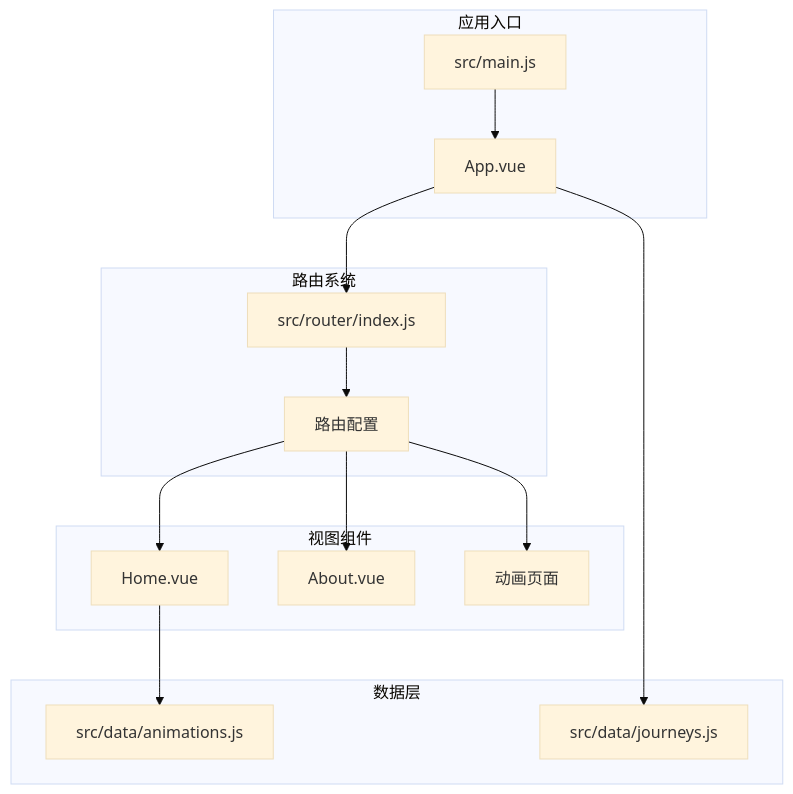
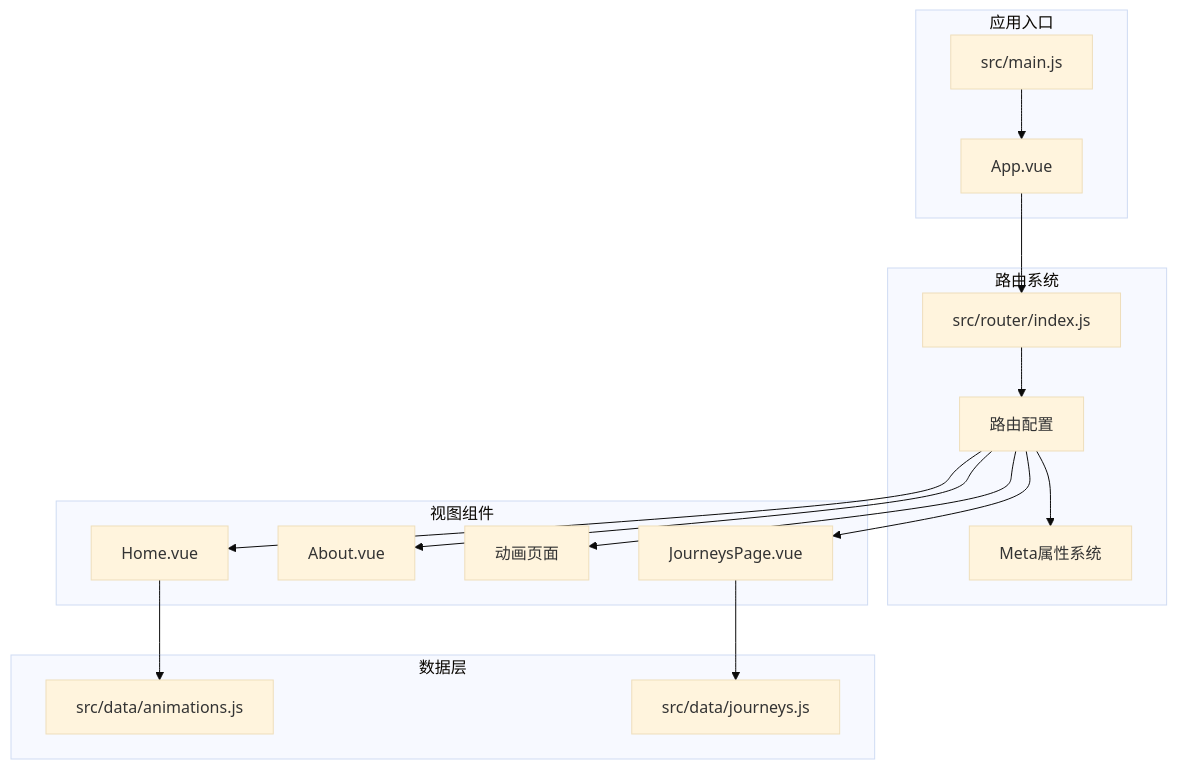
One commit to yuyezhizhi/yuyezhizhi.github.io changed the first of 10 diagrams in .qoder/repowiki/zh/content/路由系统更新.md. Above: the diagram before and after it, drawn with Mermaid (base theme). The commit also changed other lines of this file and 9 other files, not shown here.

````diff
--- a/.qoder/repowiki/zh/content/路由系统更新.md
+++ b/.qoder/repowiki/zh/content/路由系统更新.md
@@ -42,28 +52,32 @@
 ```mermaid
 graph TB
 subgraph "应用入口"
 Main[src/main.js]
 App[App.vue]
 end
 subgraph "路由系统"
 Router[src/router/index.js]
 Routes[路由配置]
+MetaSystem[Meta属性系统]
 end
 subgraph "视图组件"
 Home[Home.vue]
 About[About.vue]
 Animations[动画页面]
+Journeys[JourneysPage.vue]
 end
 subgraph "数据层"
 AnimationsData[src/data/animations.js]
 JourneysData[src/data/journeys.js]
 end
 Main --> App
 App --> Router
 Router --> Routes
+Routes --> MetaSystem
 Routes --> Home
 Routes --> About
 Routes --> Animations
+Routes --> Journeys
 Home --> AnimationsData
-App --> JourneysData
+Journeys --> JourneysData
 ```
````
